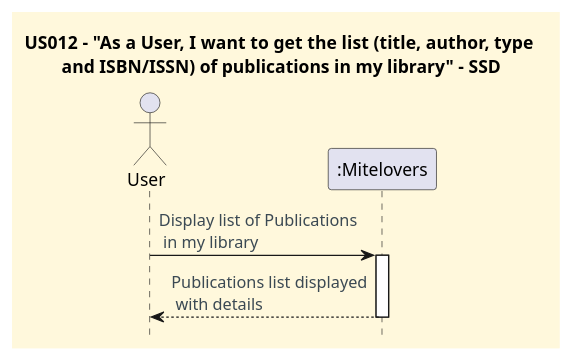
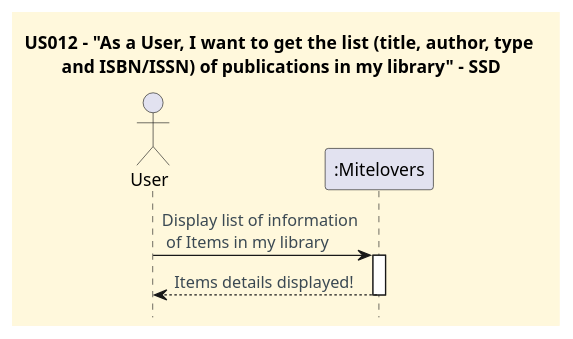
The diagram in docs/user-stories/US012/US012_get_list_of_publications_in_my_library_SSD.puml (CarolinaLeite-collab/JavaMarketplacePlatform), drawn with PlantUML before and after one commit. The commit also changed 7 other files, not shown here.

```diff
--- a/docs/user-stories/US012/US012_get_list_of_publications_in_my_library_SSD.puml
+++ b/docs/user-stories/US012/US012_get_list_of_publications_in_my_library_SSD.puml
@@ -1,38 +1,38 @@
 @startuml
 'https://plantuml.com/sequence-diagram
 '==== basic style ====
 
 'hides unwanted text
 hide stereotype
 
 skinparam monochrome false
 skinparam shadowing false
 skinparam defaultFontName Futura
 skinparam objectFontSize 20
 skinparam backgroundColor CornSilk
 skinparam objectBackgroundColor WhiteSmoke
 skinparam noteBackgroundColor #FFFFE0
 skinparam ArrowFontColor #3B4953
 skinparam ActivationBackgroundColor black
 
 'undefined objects
 skinparam object {
   BackgroundColor<<highlight>> 91C6BCAA
   BorderColor<<highlight>> 4B9DA9AA
   FontColor<<highlight>> 547792AA
 }
 skinparam shadowing<<highlight>> false
 hide footbox
 
 title US012 – "As a User, I want to get the list (title, author, type \nand ISBN/ISSN) of publications in my library" - SSD
 
 actor User
 participant ":Mitelovers" as SYSTEM
 
-User -> SYSTEM : Display list of Publications\n in my library
+User -> SYSTEM : Display list of information\n of Items in my library
 activate SYSTEM
-SYSTEM --> User : Publications list displayed\n with details
+SYSTEM --> User : Items details displayed!
 deactivate SYSTEM
 
 
 @enduml
```
